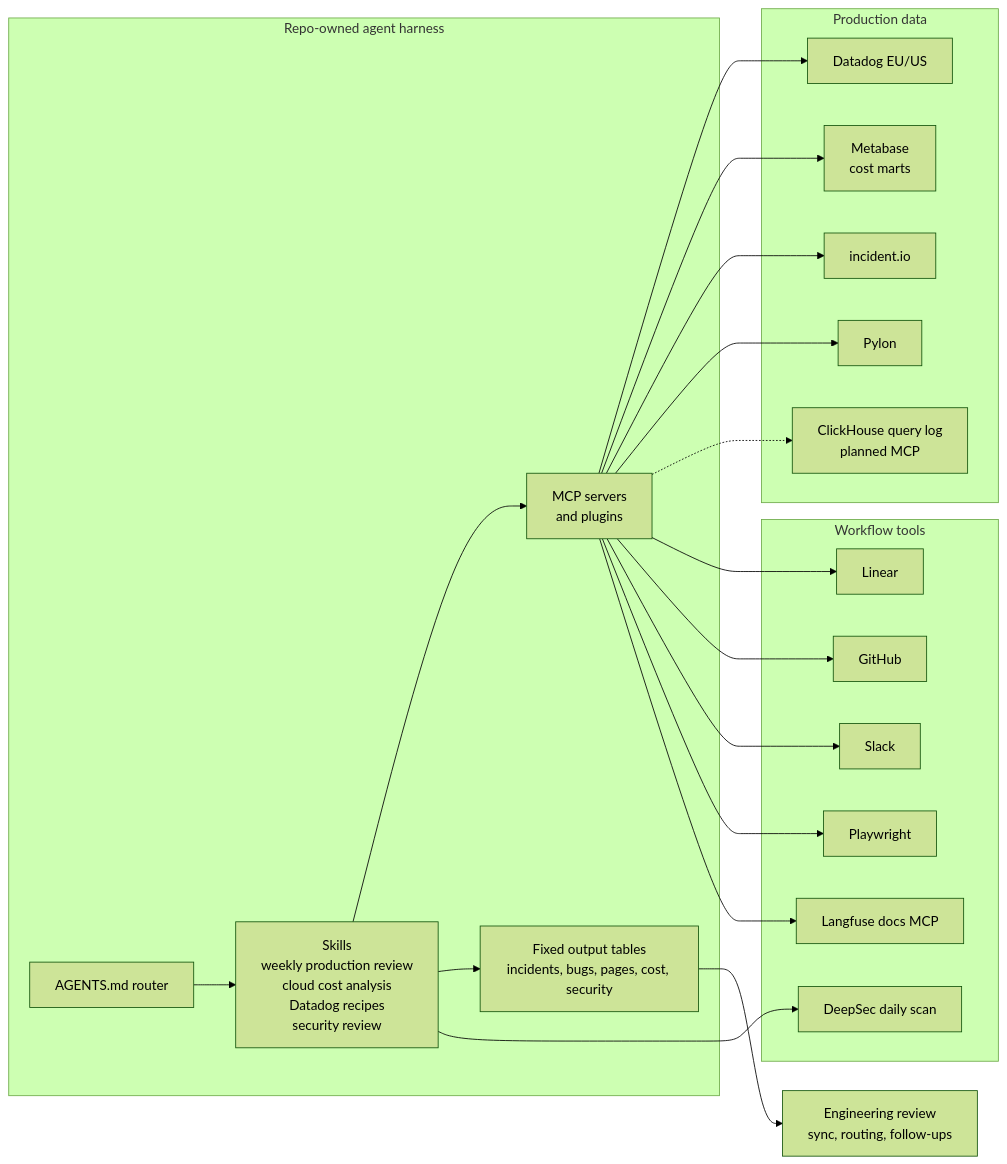
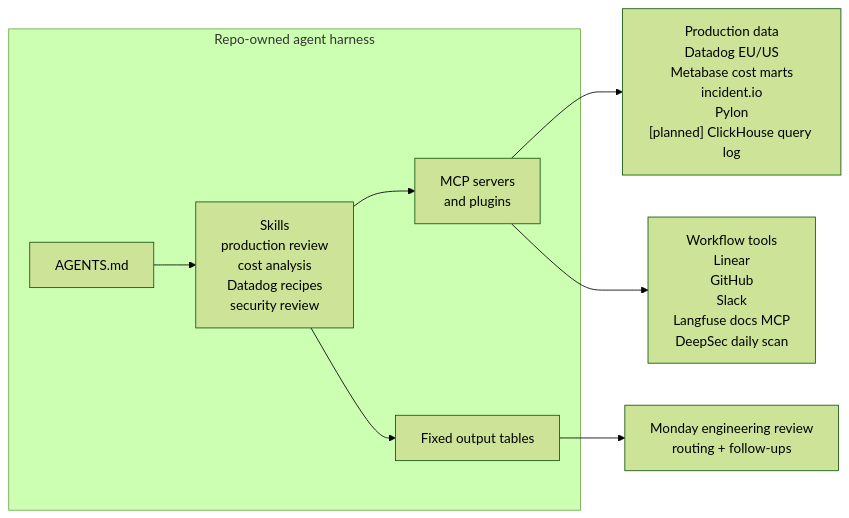
Before and after one commit to langfuse/langfuse-docs: the diagram in content/blog/2026-06-05-agentic-setup-for-operational-work.mdx, drawn with Mermaid (forest theme).

Commit message:
docs(blog): simplify agent harness diagram

````diff
--- a/content/blog/2026-06-05-agentic-setup-for-operational-work.mdx
+++ b/content/blog/2026-06-05-agentic-setup-for-operational-work.mdx
@@ -51,42 +51,20 @@
 ```mermaid
 flowchart LR
   subgraph Harness["Repo-owned agent harness"]
-    Router["AGENTS.md router"]
-    Skills["Skills<br/>weekly production review<br/>cloud cost analysis<br/>Datadog recipes<br/>security review"]
+    Router["AGENTS.md"]
+    Skills["Skills<br/>production review<br/>cost analysis<br/>Datadog recipes<br/>security review"]
     MCP["MCP servers<br/>and plugins"]
-    Output["Fixed output tables<br/>incidents, bugs, pages, cost, security"]
+    Tables["Fixed output tables"]
     Router --> Skills
     Skills --> MCP
-    Skills --> Output
+    Skills --> Tables
   end
 
-  subgraph ProdData["Production data"]
-    DD["Datadog EU/US"]
-    MB["Metabase<br/>cost marts"]
-    INC["incident.io"]
-    PYLON["Pylon"]
-    CH["ClickHouse query log<br/>planned MCP"]
-  end
+  Prod["Production data<br/>Datadog EU/US<br/>Metabase cost marts<br/>incident.io<br/>Pylon<br/>[planned] ClickHouse query log"]
+  Work["Workflow tools<br/>Linear<br/>GitHub<br/>Slack<br/>Langfuse docs MCP<br/>DeepSec daily scan"]
+  Review["Monday engineering review<br/>routing + follow-ups"]
 
-  subgraph Workflow["Workflow tools"]
-    Linear["Linear"]
-    GitHub["GitHub"]
-    Slack["Slack"]
-    Playwright["Playwright"]
-    Docs["Langfuse docs MCP"]
-    DeepSec["DeepSec daily scan"]
-  end
-
-  MCP --> DD
-  MCP --> MB
-  MCP --> INC
-  MCP --> PYLON
-  MCP -.-> CH
-  MCP --> Linear
-  MCP --> GitHub
-  MCP --> Slack
-  MCP --> Playwright
-  MCP --> Docs
-  Skills --> DeepSec
-  Output --> Review["Engineering review<br/>sync, routing, follow-ups"]
+  MCP --> Prod
+  MCP --> Work
+  Tables --> Review
 ```
````
